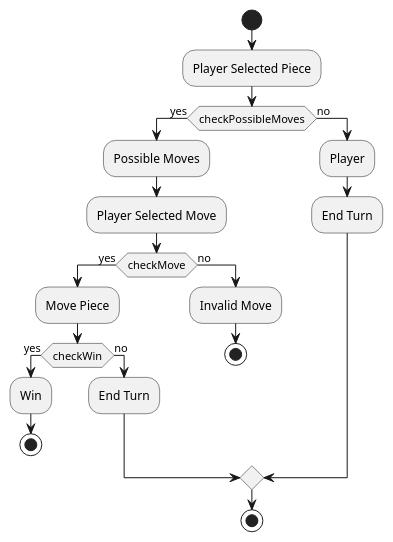
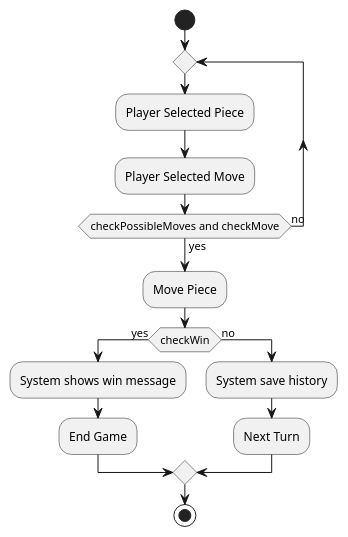
One commit to nthanq2505/PlantUML-for-ChessGame changed the diagram in activities/playerMovePiece.pu. Above: the diagram before and after it, drawn with PlantUML. The commit also changed 13 other files, not shown here.

```diff
--- a/activities/playerMovePiece.pu
+++ b/activities/playerMovePiece.pu
@@ -1,27 +1,19 @@
 @startuml
 
 start
-:Player Selected Piece;
-if (checkPossibleMoves) then (yes)
-    :Possible Moves;
+repeat
+    :Player Selected Piece;
     :Player Selected Move;
-    if (checkMove) then (yes)
-        :Move Piece;
-        if (checkWin) then (yes)
-            :Win;
-            stop
-        else (no)
-            :End Turn;
-        endif
-    else (no)
-        :Invalid Move;
-        stop
-    endif
+    repeat while (checkPossibleMoves and checkMove) is (no) not (yes)
+
+:Move Piece;
+if (checkWin) then (yes)
+    :System shows win message;
+    :End Game;
 else (no)
-    :Player;
-    :End Turn;
+    :System save history;
+    :Next Turn;
 endif
 stop
 
-
 @enduml
```
